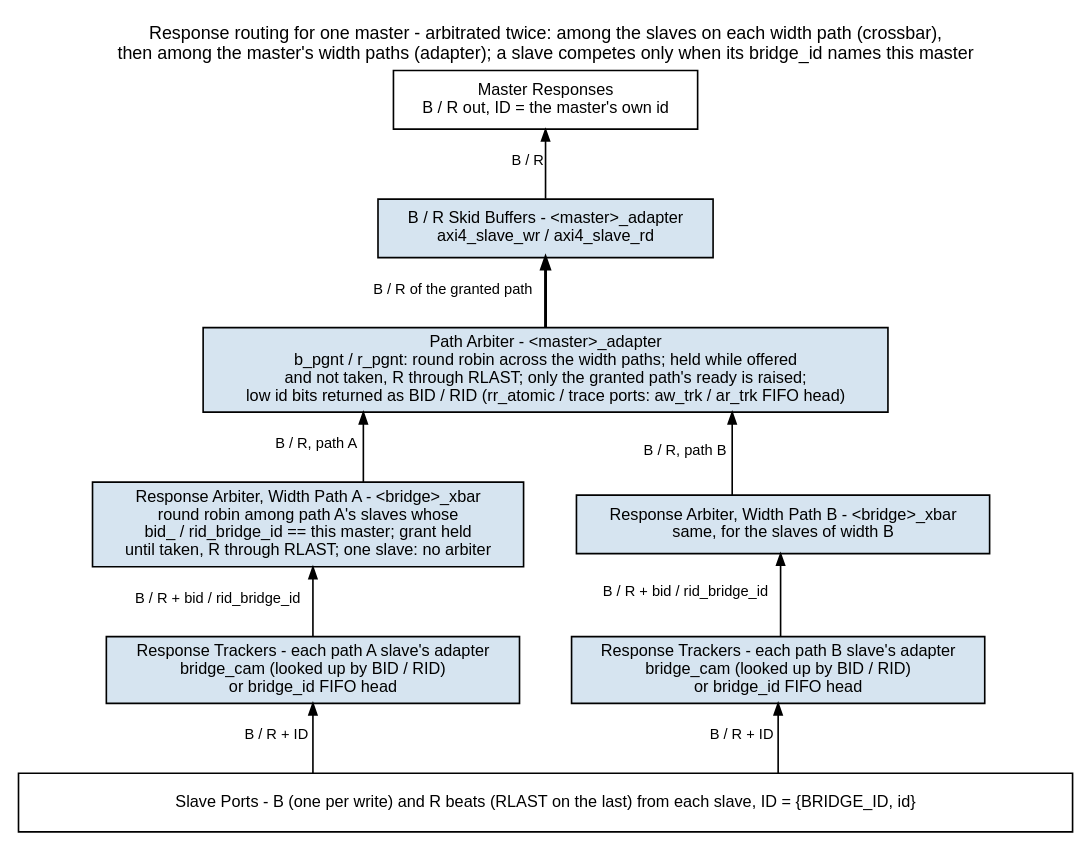
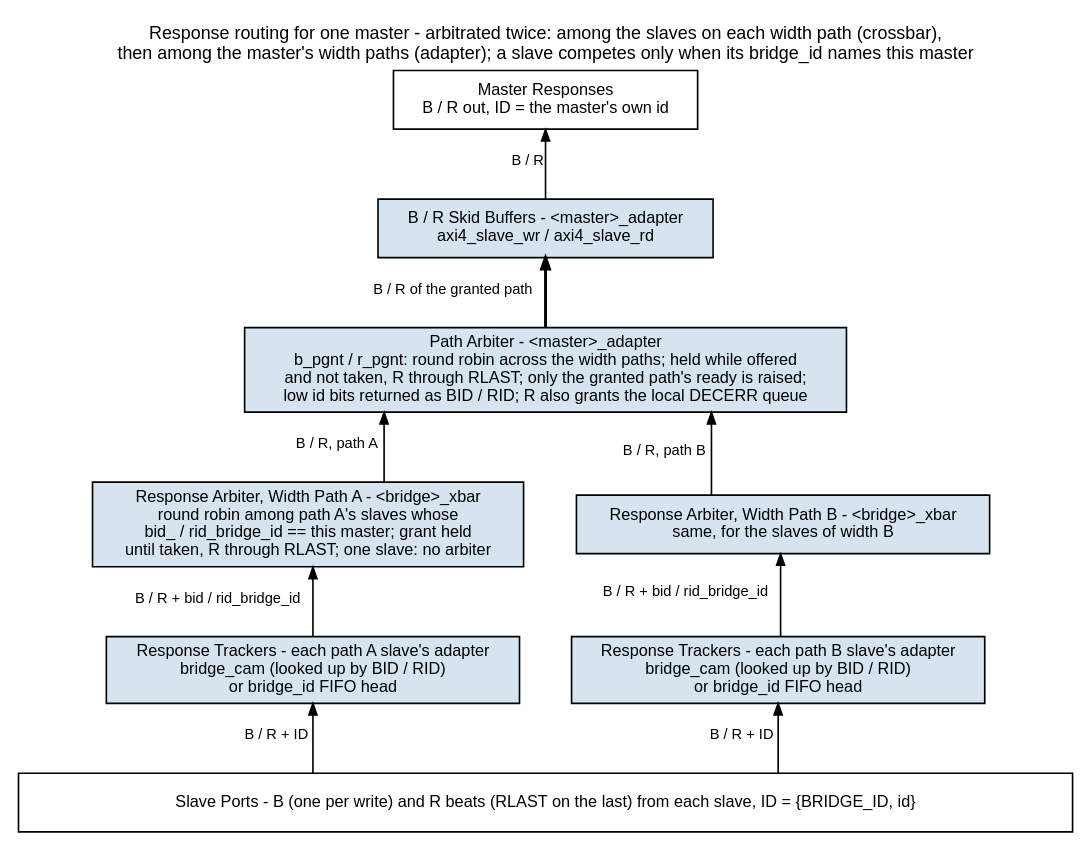
The diagram in projects/components/fabric-gen-ip/bridge/docs/bridge_mas/assets/graphviz/response_routing.dot (sean-galloway/RTLDesignSherpa), drawn with Graphviz before and after one commit. The commit also changed 203 other files, not shown here.

```diff
--- a/projects/components/fabric-gen-ip/bridge/docs/bridge_mas/assets/graphviz/response_routing.dot
+++ b/projects/components/fabric-gen-ip/bridge/docs/bridge_mas/assets/graphviz/response_routing.dot
@@ -1,34 +1,34 @@
 // Response routing: B and R from every slave back to the master that asked.
 // Labels from rtl/generated/bridge_2x2_rw/{ddr_adapter,bridge_2x2_rw_xbar,cpu_adapter}.sv
 // and bridge_1x3_wr/cpu_wr_adapter.sv (b_pgnt / b_slave_select path arbiter).
 // House style: vault/handbook/authoring/block-diagrams.md
 digraph response_routing {
     graph [rankdir=TB, bgcolor="white", fontname="Helvetica", fontsize=11,
            nodesep="0.45", ranksep="0.60", splines=ortho, labelloc=t,
            label="Response routing for one master - arbitrated twice: among the slaves on each width path (crossbar),\nthen among the master's width paths (adapter); a slave competes only when its bridge_id names this master"];
     node  [fontname="Helvetica", fontsize=10, shape=box, style=filled,
            fillcolor="#D6E4F0", color="black", margin="0.12,0.06"];
     edge  [fontname="Helvetica", fontsize=9, color="black", arrowsize=0.7];
 
     port [label="Master Responses\nB / R out, ID = the master's own id", fillcolor="white"];
     skid [label="B / R Skid Buffers - <master>_adapter\naxi4_slave_wr / axi4_slave_rd"];
-    msel [label="Path Arbiter - <master>_adapter\nb_pgnt / r_pgnt: round robin across the width paths; held while offered\nand not taken, R through RLAST; only the granted path's ready is raised;\nlow id bits returned as BID / RID (rr_atomic / trace ports: aw_trk / ar_trk FIFO head)"];
+    msel [label="Path Arbiter - <master>_adapter\nb_pgnt / r_pgnt: round robin across the width paths; held while offered\nand not taken, R through RLAST; only the granted path's ready is raised;\nlow id bits returned as BID / RID; R also grants the local DECERR queue"];
     p0 [label="Response Arbiter, Width Path A - <bridge>_xbar\nround robin among path A's slaves whose\nbid_ / rid_bridge_id == this master; grant held\nuntil taken, R through RLAST; one slave: no arbiter"];
     pn [label="Response Arbiter, Width Path B - <bridge>_xbar\nsame, for the slaves of width B"];
     { rank=same; p0; pn; }
     p0 -> pn [style=invis];
     t0 [label="Response Trackers - each path A slave's adapter\nbridge_cam (looked up by BID / RID)\nor bridge_id FIFO head"];
     tn [label="Response Trackers - each path B slave's adapter\nbridge_cam (looked up by BID / RID)\nor bridge_id FIFO head"];
     { rank=same; t0; tn; }
     t0 -> tn [style=invis];
     bar [label="Slave Ports - B (one per write) and R beats (RLAST on the last) from each slave, ID = {BRIDGE_ID, id}", fillcolor="white", width=9];
 
     port -> skid [dir=back, xlabel="B / R"];
     skid -> msel [dir=back, xlabel="B / R of the granted path", penwidth=1.8];
     msel -> p0 [dir=back, xlabel="B / R, path A"];
     msel -> pn [dir=back, xlabel="B / R, path B"];
     p0 -> t0 [dir=back, xlabel="B / R + bid / rid_bridge_id"];
     pn -> tn [dir=back, xlabel="B / R + bid / rid_bridge_id"];
     t0 -> bar [dir=back, xlabel="B / R + ID"];
     tn -> bar [dir=back, xlabel="B / R + ID"];
 }
```
